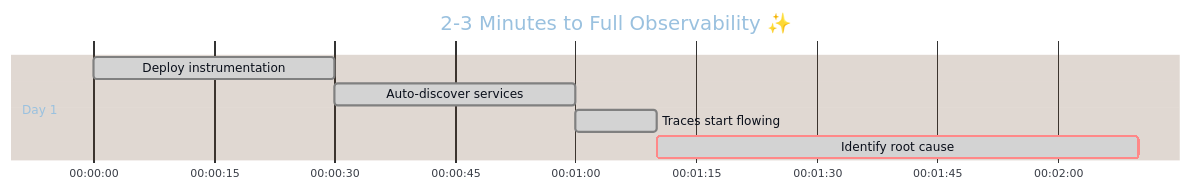
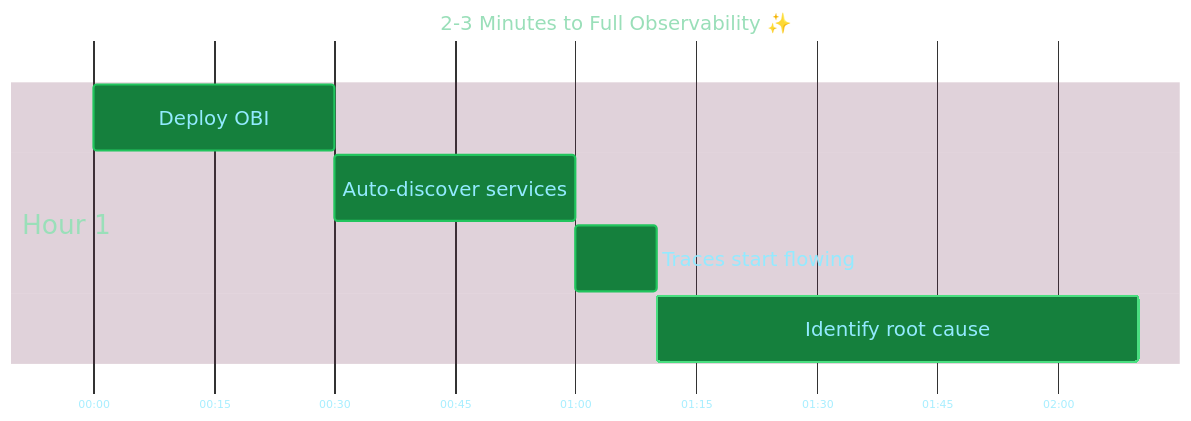
Before and after one commit to MrAlias/kubecon-na-2025: the second of 3 diagrams in presentation/slides.md, drawn with Mermaid. The commit also changed other lines of this file and 1 other file, not shown here.

Commit message:
Iterate slide 4 timelines

````diff
--- a/presentation/slides.md
+++ b/presentation/slides.md
@@ -171,14 +200,37 @@
 ```mermaid
-%%{init: {'theme':'base', 'themeVariables': { 'primaryColor':'#1a3a52','primaryTextColor':'#0a0f1a','primaryBorderColor':'#0086FF','lineColor':'#0086FF'}}}%%
+---
+title: 2-3 Minutes to Full Observability ✨
+config:
+  theme: base
+  themeVariables:
+    primaryColor: "#1a5233"
+    primaryTextColor: "#93eaff"
+    primaryBorderColor: "#22c55e"
+    lineColor: "#22c55e"
+    fontSize: 18
+    doneTaskBkgColor: "#15803d"
+    doneTaskBorderColor: "#22c55e"
+    critBkgColor: "#166534"
+    critBorderColor: "#4ade80"
+  gantt:
+    titleTopMargin: 25
+    barHeight: 60
+    barGap: 4
+    topPadding: 75
+    rightPadding: 75
+    leftPadding: 75
+    gridLineStartPadding: 10
+    fontSize: 18
+    sectionFontSize: 24
+---
 gantt
-    title 2-3 Minutes to Full Observability ✨
     todayMarker off
     dateFormat mm:ss
-    axisFormat %H:%M:%S
-    
-    section Day 1
-    Deploy instrumentation          :done, a1, 00:00, 30s
+    axisFormat %M:%S
+
+    section Hour 1
+    Deploy OBI                      :done, a1, 00:00, 30s
     Auto-discover services          :done, a2, after a1, 30s
     Traces start flowing            :done, a3, after a2, 10s
     Identify root cause             :crit, done, a4, after a3, 60s
 ```
````
